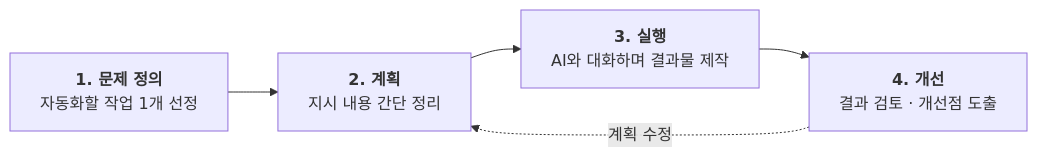
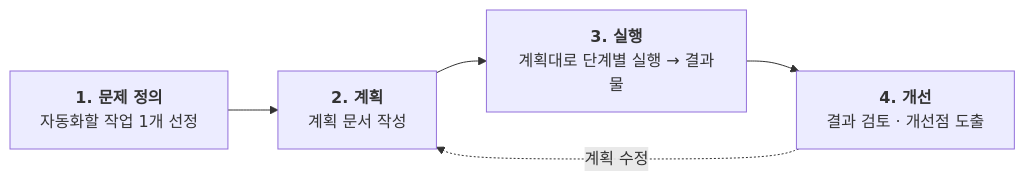
Before and after one commit to scroogy-dev/ai-onboarding: the second of 2 diagrams in slides/slides.md, drawn with Mermaid. The commit also changed other lines of this file and 2 other files, not shown here.

````diff
--- a/slides/slides.md
+++ b/slides/slides.md
@@ -272,9 +272,9 @@
 ```mermaid
 flowchart LR
     A["<b>1. 문제 정의</b><br/>자동화할 작업 1개 선정"]
-    B["<b>2. 계획</b><br/>지시 내용 간단 정리"]
-    C["<b>3. 실행</b><br/>AI와 대화하며 결과물 제작"]
+    B["<b>2. 계획</b><br/>계획 문서 작성"]
+    C["<b>3. 실행</b><br/>계획대로 단계별 실행 → 결과물"]
     D["<b>4. 개선</b><br/>결과 검토 · 개선점 도출"]
     A --> B --> C --> D
     D -.->|계획 수정| B
 ```
````
